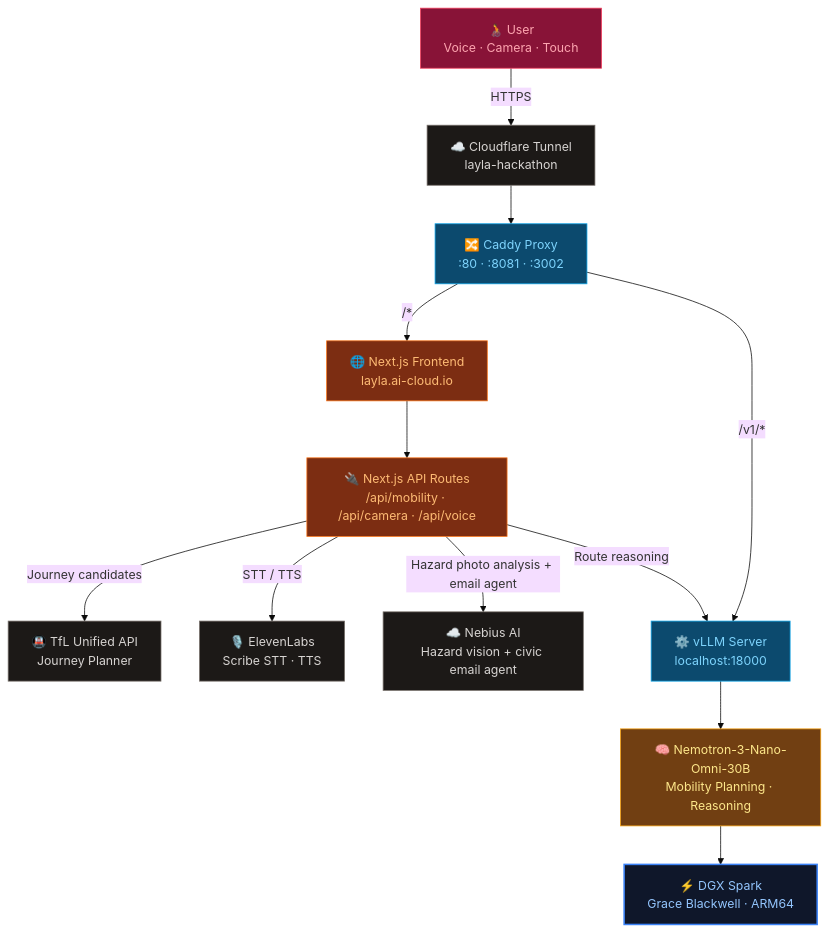
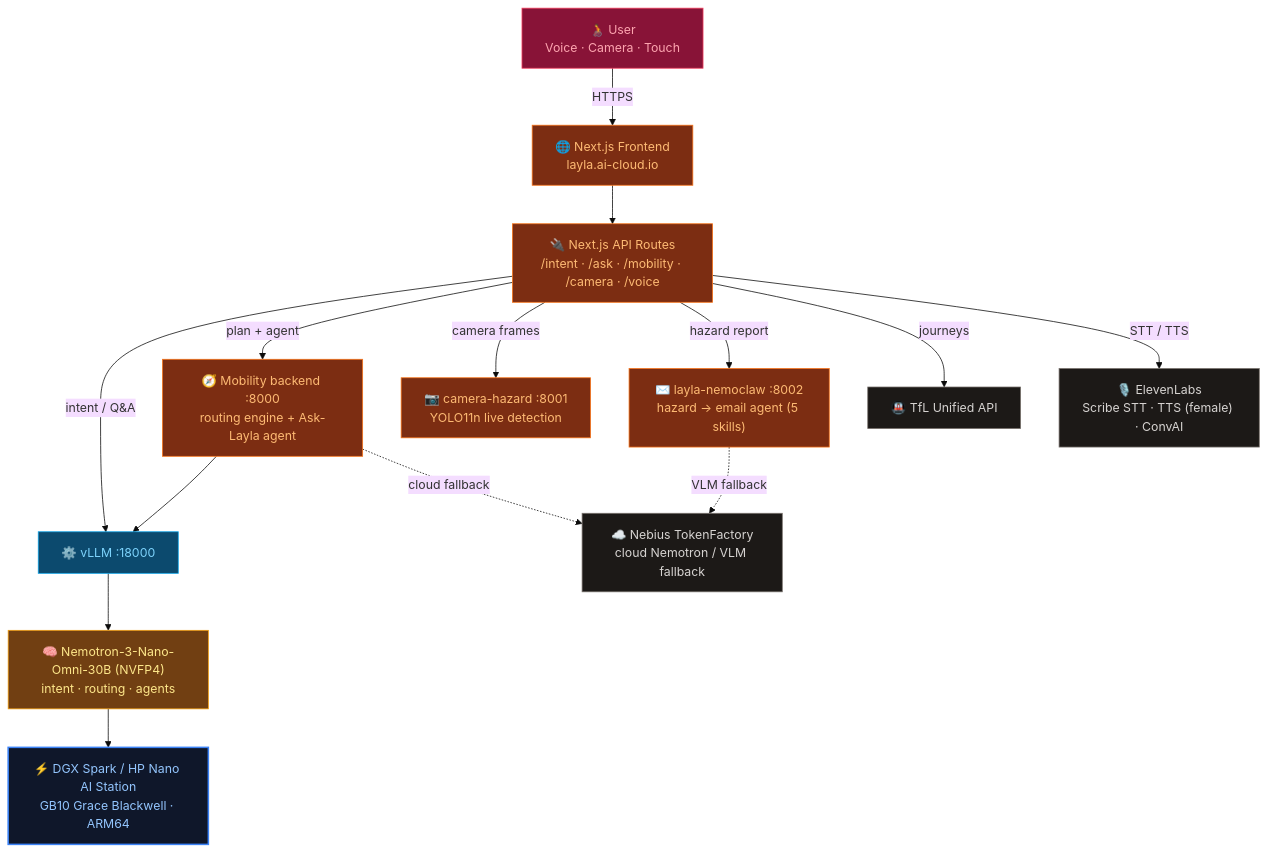
Before and after one commit to hjklasdfg/layla: the diagram in README.md, drawn with Mermaid (base theme). The commit also changed other lines of this file, not shown here.

````diff
--- a/README.md
+++ b/README.md
@@ -18,33 +48,33 @@
 ```mermaid
 flowchart TB
     USER["🧑‍🦽 User<br/>Voice · Camera · Touch"]:::ui
     FE["🌐 Next.js Frontend<br/>layla.ai-cloud.io"]:::app
-    APIS["🔌 Next.js API Routes<br/>/api/mobility · /api/camera · /api/voice"]:::app
-    TFL["🚇 TfL Unified API<br/>Journey Planner"]:::external
-    EL["🎙️ ElevenLabs<br/>Scribe STT · TTS"]:::external
-    NEB["☁️ Nebius AI<br/>Hazard vision + civic email agent"]:::external
-    NEM["🧠 Nemotron-3-Nano-Omni-30B<br/>Mobility Planning · Reasoning"]:::model
-    VLLM["⚙️ vLLM Server<br/>localhost:18000"]:::runtime
-    CADDY["🔀 Caddy Proxy<br/>:80 · :8081 · :3002"]:::runtime
-    CF["☁️ Cloudflare Tunnel<br/>layla-hackathon"]:::external
-    DGX["⚡ DGX Spark<br/>Grace Blackwell · ARM64"]:::hw
+    APIS["🔌 Next.js API Routes<br/>/intent · /ask · /mobility · /camera · /voice"]:::app
+    MB["🧭 Mobility backend :8000<br/>routing engine + Ask-Layla agent"]:::app
+    CAM["📷 camera-hazard :8001<br/>YOLO11n live detection"]:::app
+    NC["✉️ layla-nemoclaw :8002<br/>hazard → email agent (5 skills)"]:::app
+    TFL["🚇 TfL Unified API"]:::external
+    EL["🎙️ ElevenLabs<br/>Scribe STT · TTS (female) · ConvAI"]:::external
+    NEB["☁️ Nebius TokenFactory<br/>cloud Nemotron / VLM fallback"]:::external
+    NEM["🧠 Nemotron-3-Nano-Omni-30B (NVFP4)<br/>intent · routing · agents"]:::model
+    VLLM["⚙️ vLLM :18000"]:::runtime
+    DGX["⚡ DGX Spark / HP Nano AI Station<br/>GB10 Grace Blackwell · ARM64"]:::hw
 
-    USER -->|HTTPS| CF
-    CF --> CADDY
-    CADDY -->|"/*"| FE
-    CADDY -->|"/v1/*"| VLLM
-    FE --> APIS
-    APIS -->|Journey candidates| TFL
+    USER -->|HTTPS| FE --> APIS
+    APIS -->|intent / Q&A| VLLM
+    APIS -->|plan + agent| MB --> VLLM
+    APIS -->|camera frames| CAM
+    APIS -->|hazard report| NC
+    APIS -->|journeys| TFL
     APIS -->|STT / TTS| EL
-    APIS -->|Hazard photo analysis + email agent| NEB
-    APIS -->|Route reasoning| VLLM
-    VLLM --> NEM
-    NEM --> DGX
+    VLLM --> NEM --> DGX
+    MB -.cloud fallback.-> NEB
+    NC -.VLM fallback.-> NEB
 
     classDef hw      fill:#0f172a,color:#93c5fd,stroke:#3b82f6,stroke-width:2px
     classDef runtime fill:#0c4a6e,color:#7dd3fc,stroke:#0ea5e9
     classDef model   fill:#713f12,color:#fde68a,stroke:#f59e0b
     classDef app     fill:#7c2d12,color:#fdba74,stroke:#f97316
     classDef ui      fill:#881337,color:#fda4af,stroke:#f43f5e
     classDef external fill:#1c1917,color:#d6d3d1,stroke:#78716c
 ```
````
